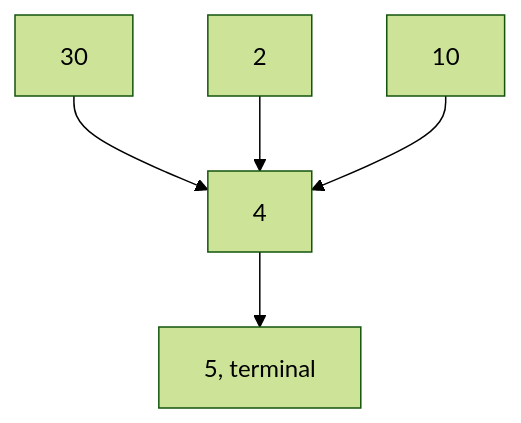
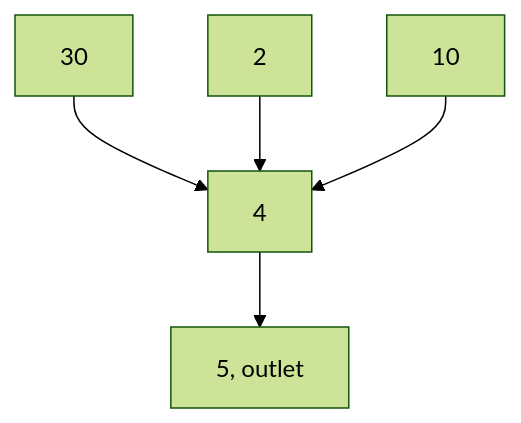
The second of 4 diagrams in dev/FIXTURE_ARCHITECTURE.md (DOI-USGS/hydroloom), drawn with Mermaid (forest theme) before and after one commit. The commit also changed other lines of this file, not shown here.

Commit message:
M3-2: FIXTURE_ARCHITECTURE.md fix round (H-01 to H-25, P-01 to P-28)

````diff
--- a/dev/FIXTURE_ARCHITECTURE.md
+++ b/dev/FIXTURE_ARCHITECTURE.md
@@ -96,7 +117,7 @@
 ```mermaid
 flowchart TD
   n30["30"] --> n4["4"]
   n2["2"] --> n4
   n10["10"] --> n4
-  n4 --> n5["5, terminal"]
+  n4 --> n5["5, outlet"]
 ```
````
